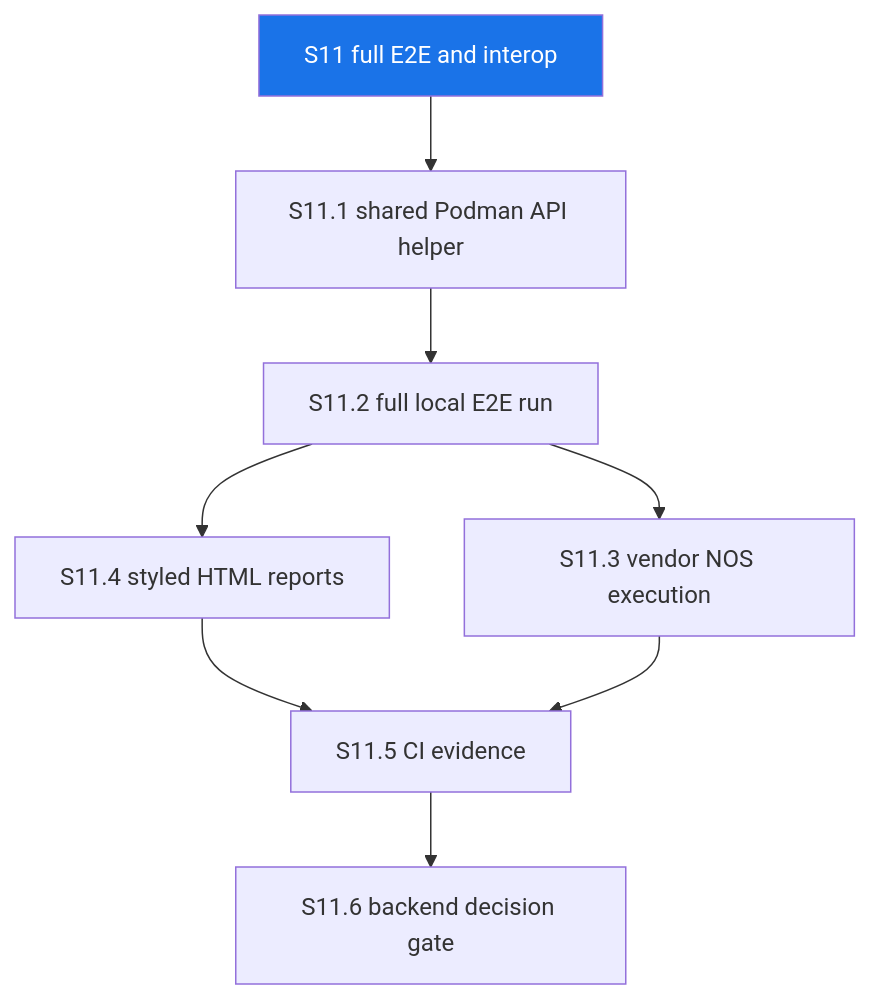
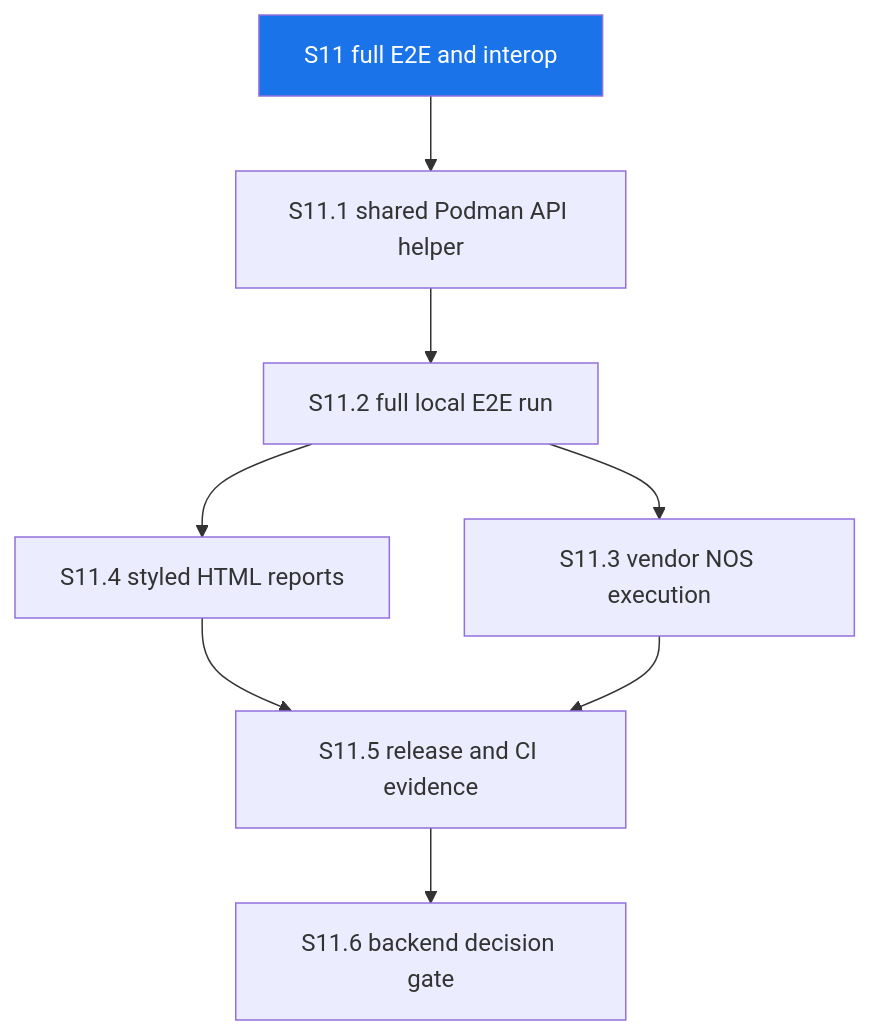
One commit to dantte-lp/gobfd changed the diagram in docs/en/21-s11-full-e2e-interop-plan.md. Above: the diagram before and after it, drawn with Mermaid. The commit also changed other lines of this file and 10 other files, not shown here.

Commit message:
docs(release): record s11 release gate evidence

````diff
--- a/docs/en/21-s11-full-e2e-interop-plan.md
+++ b/docs/en/21-s11-full-e2e-interop-plan.md
@@ -49,20 +51,20 @@
 ```mermaid
 graph TD
     S11["S11 full E2E and interop"]
     H["S11.1 shared Podman API helper"]
     L["S11.2 full local E2E run"]
     V["S11.3 vendor NOS execution"]
     R["S11.4 styled HTML reports"]
-    C["S11.5 CI evidence"]
+    C["S11.5 release and CI evidence"]
     D["S11.6 backend decision gate"]
 
     S11 --> H
     H --> L
     L --> V
     L --> R
     R --> C
     V --> C
     C --> D
 
     style S11 fill:#1a73e8,color:#fff
 ```
````
